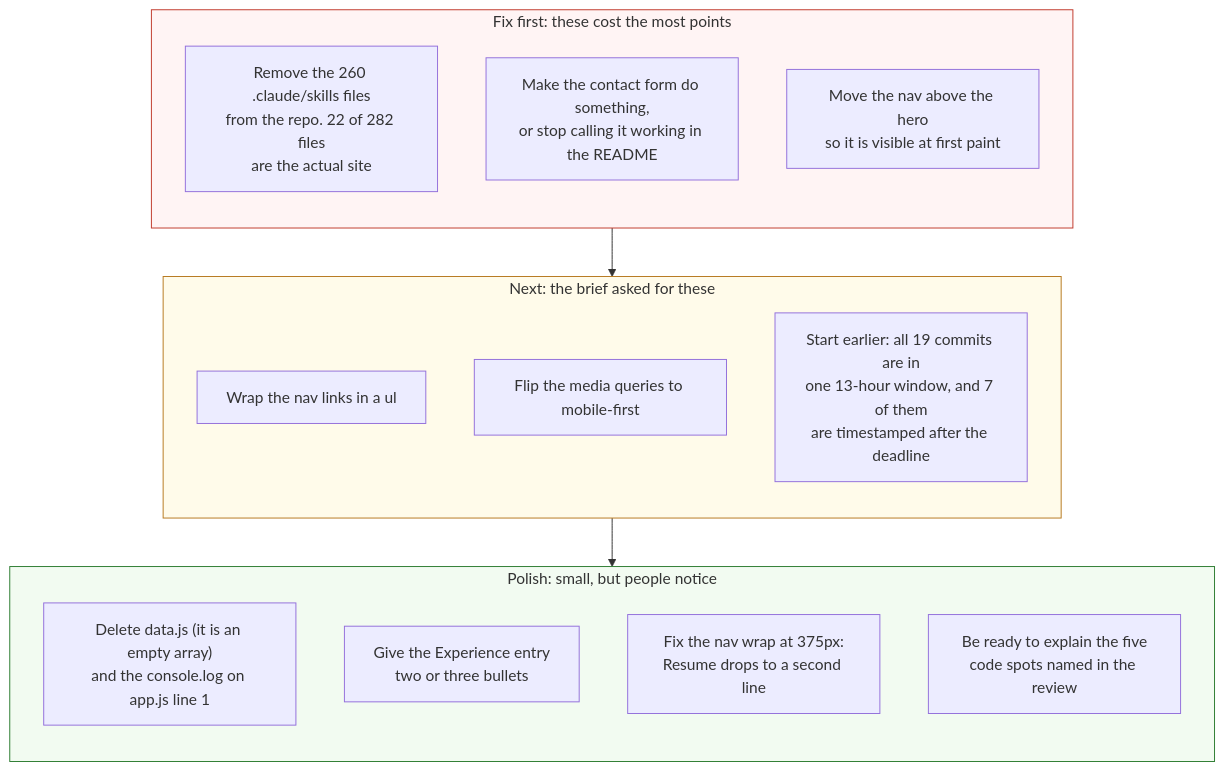
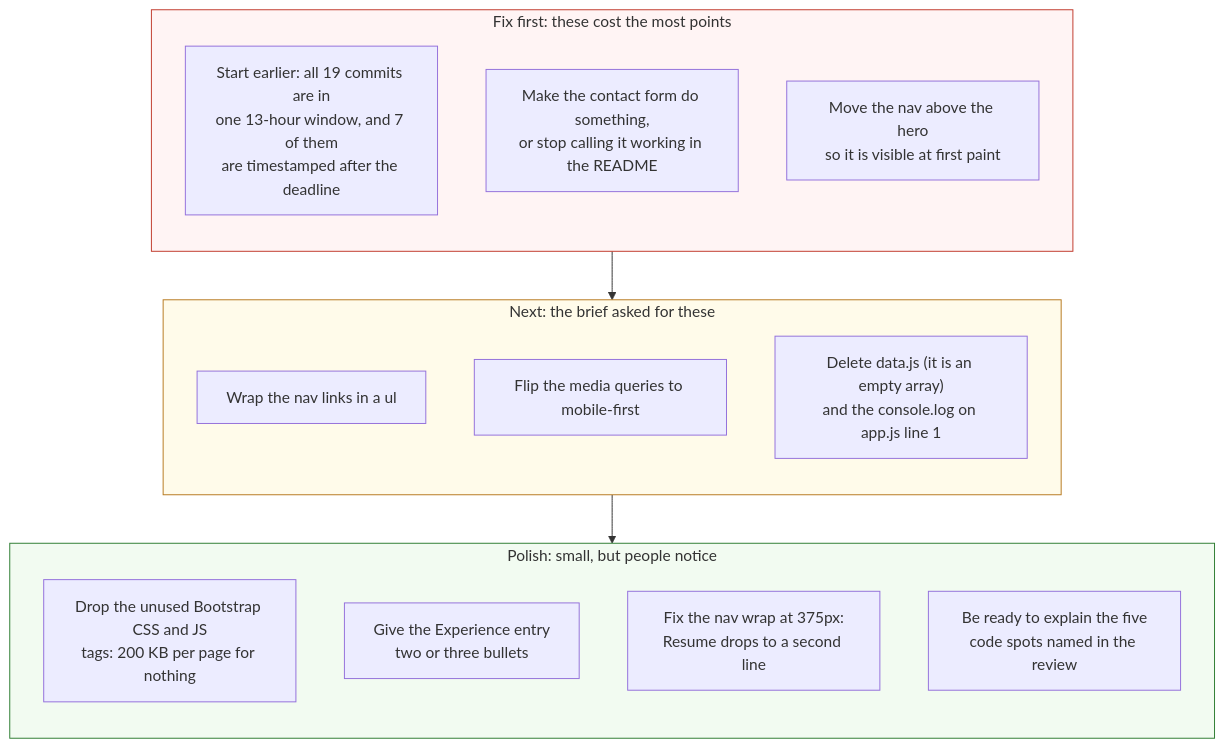
One commit to marcaflores/CSC436Assignment1 changed the third of 3 diagrams in feedback/FEEDBACK.md. Above: the diagram before and after it, drawn with Mermaid. The commit also changed other lines of this file and 2 other files, not shown here.

````diff
--- a/feedback/FEEDBACK.md
+++ b/feedback/FEEDBACK.md
@@ -174,26 +174,26 @@
 ```mermaid
 flowchart TB
     subgraph p1["Fix first: these cost the most points"]
         direction TB
-        a1["Remove the 260 .claude/skills files<br/>from the repo. 22 of 282 files<br/>are the actual site"]
+        a1["Start earlier: all 19 commits are in<br/>one 13-hour window, and 7 of them<br/>are timestamped after the deadline"]
         a2["Make the contact form do something,<br/>or stop calling it working in the README"]
         a3["Move the nav above the hero<br/>so it is visible at first paint"]
     end
     subgraph p2["Next: the brief asked for these"]
         direction TB
         b1["Wrap the nav links in a ul"]
         b2["Flip the media queries to mobile-first"]
-        b3["Start earlier: all 19 commits are in<br/>one 13-hour window, and 7 of them<br/>are timestamped after the deadline"]
+        b3["Delete data.js (it is an empty array)<br/>and the console.log on app.js line 1"]
     end
     subgraph p3["Polish: small, but people notice"]
         direction TB
-        c1["Delete data.js (it is an empty array)<br/>and the console.log on app.js line 1"]
+        c1["Drop the unused Bootstrap CSS and JS<br/>tags: 200 KB per page for nothing"]
         c2["Give the Experience entry<br/>two or three bullets"]
         c3["Fix the nav wrap at 375px:<br/>Resume drops to a second line"]
         c4["Be ready to explain the five<br/>code spots named in the review"]
     end
     p1 --> p2 --> p3
     style p1 fill:#fff4f4,stroke:#c0392b
     style p2 fill:#fffbea,stroke:#b7791f
     style p3 fill:#f2fbf1,stroke:#2e7d32
 ```
````
